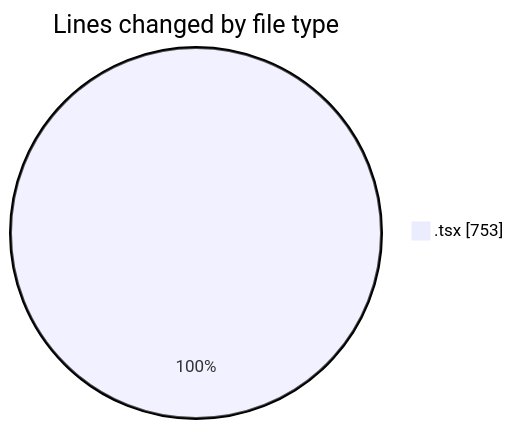
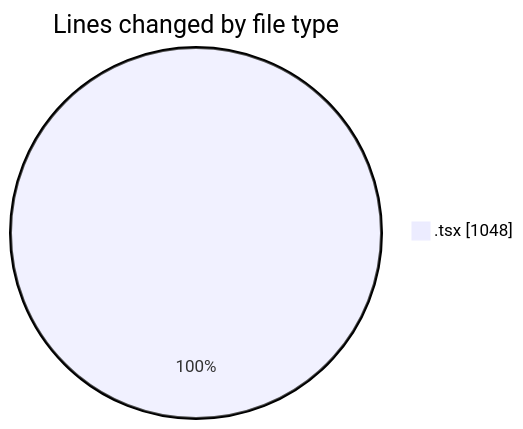
One commit to nxtqubesakshisongat/code-tracking changed the first of 2 diagrams in 2026-02-12/nxtqube_webapp/README.md. Above: the diagram before and after it, drawn with Mermaid. The commit also changed other lines of this file and 1 other file, not shown here.

````diff
--- a/2026-02-12/nxtqube_webapp/README.md
+++ b/2026-02-12/nxtqube_webapp/README.md
@@ -21,5 +22,5 @@
 ```mermaid
 pie showData
 title Lines changed by file type
-".tsx" : 753
+".tsx" : 1048
 ```
````
